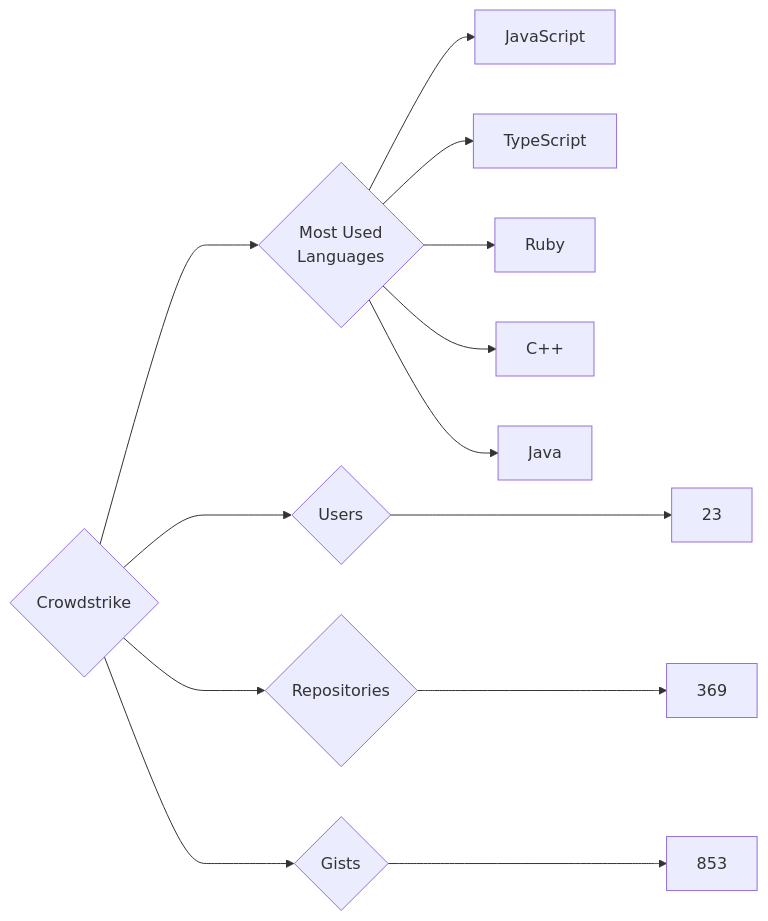
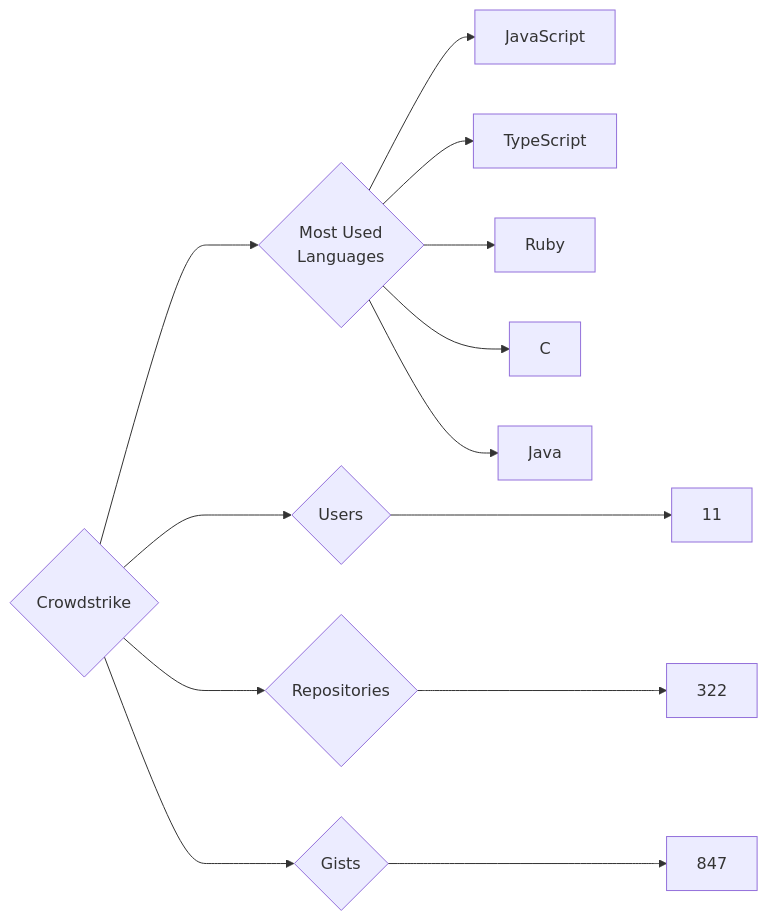
Before and after one commit to trickest/insiders: the diagram in targets/Crowdstrike/README.md, drawn with Mermaid. The commit also changed 809 other files, not shown here.

````diff
--- a/targets/Crowdstrike/README.md
+++ b/targets/Crowdstrike/README.md
@@ -3,13 +3,13 @@
 ```mermaid
 graph LR
 COMPANY_NAME{Crowdstrike}
-COMPANY_NAME ---> U{Users} ---> UN[23]
-COMPANY_NAME ---> R{Repositories} ---> RN[369]
-COMPANY_NAME ---> G{Gists} ---> GN[853]
+COMPANY_NAME ---> U{Users} ---> UN[11]
+COMPANY_NAME ---> R{Repositories} ---> RN[322]
+COMPANY_NAME ---> G{Gists} ---> GN[847]
 COMPANY_NAME ---> ML{Most Used<br>Languages}
 ML --> JavaScript[JavaScript]
 ML --> TypeScript[TypeScript]
 ML --> Ruby[Ruby]
-ML --> C++[C++]
+ML --> C[C]
 ML --> Java[Java]
 ```
````
